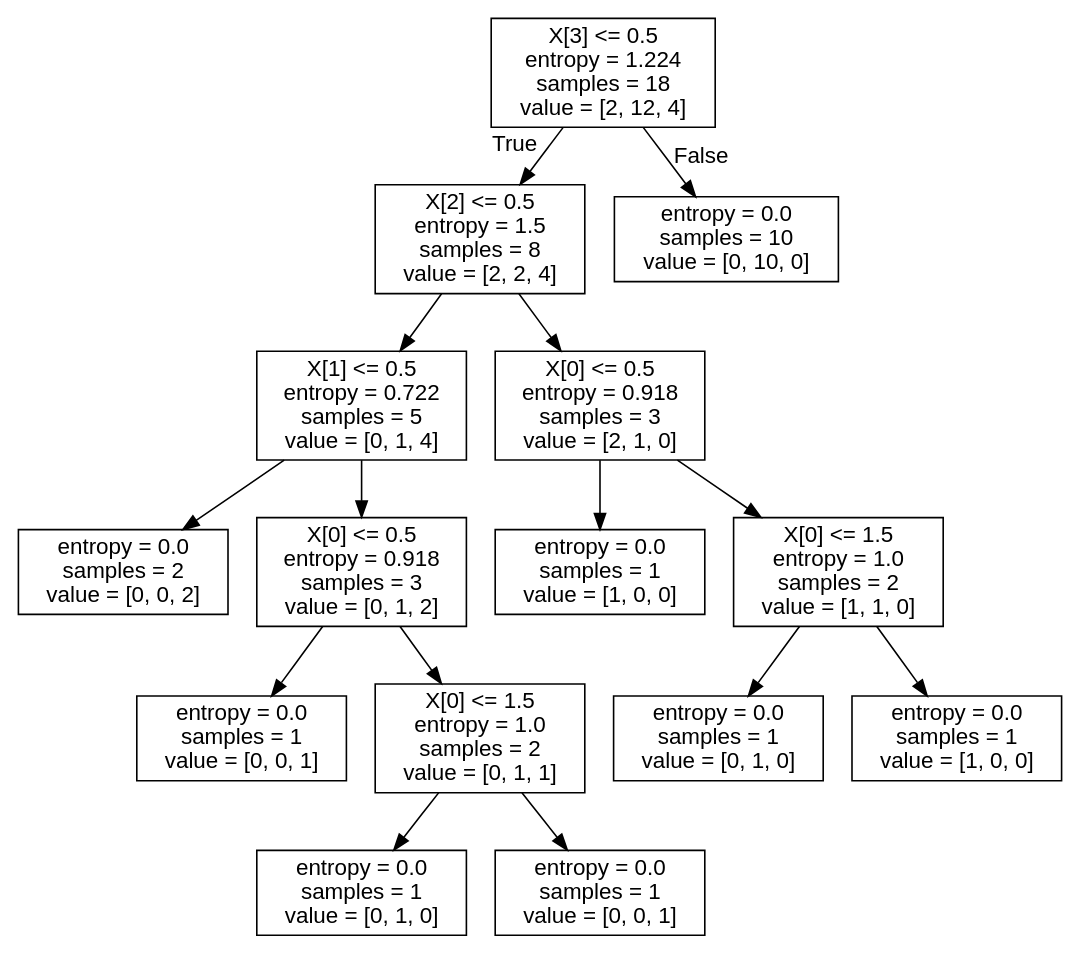
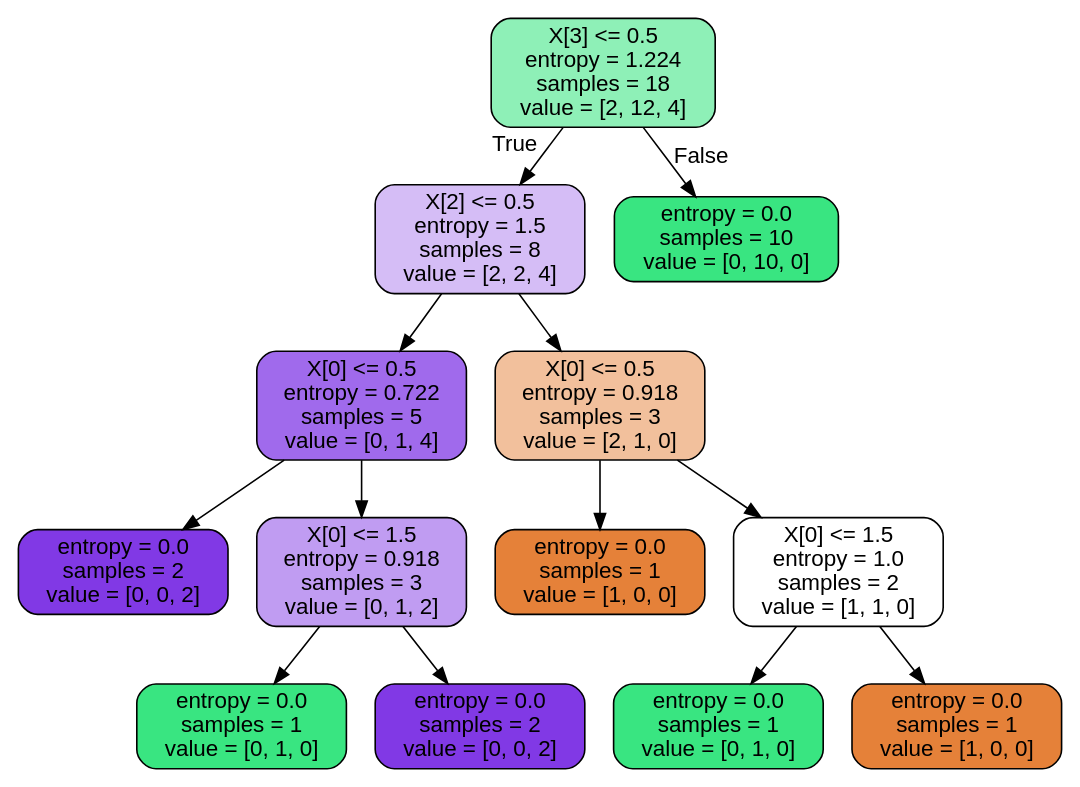
One commit to LonelyFantasy/MachineLearning changed the diagram in GUET/experiment/SY_dataset/实验1/Source.gv. Above: the diagram before and after it, drawn with Graphviz. The commit also changed 3 other files, not shown here.

```diff
--- a/GUET/experiment/SY_dataset/实验1/Source.gv
+++ b/GUET/experiment/SY_dataset/实验1/Source.gv
@@ -1,33 +1,29 @@
 digraph Tree {
-node [shape=box, fontname="helvetica"] ;
+node [shape=box, style="filled, rounded", color="black", fontname="helvetica"] ;
 edge [fontname="helvetica"] ;
-0 [label="X[3] <= 0.5\nentropy = 1.224\nsamples = 18\nvalue = [2, 12, 4]"] ;
-1 [label="X[2] <= 0.5\nentropy = 1.5\nsamples = 8\nvalue = [2, 2, 4]"] ;
+0 [label="X[3] <= 0.5\nentropy = 1.224\nsamples = 18\nvalue = [2, 12, 4]", fillcolor="#8ef0b7"] ;
+1 [label="X[2] <= 0.5\nentropy = 1.5\nsamples = 8\nvalue = [2, 2, 4]", fillcolor="#d5bdf6"] ;
 0 -> 1 [labeldistance=2.5, labelangle=45, headlabel="True"] ;
-2 [label="X[1] <= 0.5\nentropy = 0.722\nsamples = 5\nvalue = [0, 1, 4]"] ;
+2 [label="X[0] <= 0.5\nentropy = 0.722\nsamples = 5\nvalue = [0, 1, 4]", fillcolor="#a06aec"] ;
 1 -> 2 ;
-3 [label="entropy = 0.0\nsamples = 2\nvalue = [0, 0, 2]"] ;
+3 [label="entropy = 0.0\nsamples = 2\nvalue = [0, 0, 2]", fillcolor="#8139e5"] ;
 2 -> 3 ;
-4 [label="X[0] <= 0.5\nentropy = 0.918\nsamples = 3\nvalue = [0, 1, 2]"] ;
+4 [label="X[0] <= 1.5\nentropy = 0.918\nsamples = 3\nvalue = [0, 1, 2]", fillcolor="#c09cf2"] ;
 2 -> 4 ;
-5 [label="entropy = 0.0\nsamples = 1\nvalue = [0, 0, 1]"] ;
+5 [label="entropy = 0.0\nsamples = 1\nvalue = [0, 1, 0]", fillcolor="#39e581"] ;
 4 -> 5 ;
-6 [label="X[0] <= 1.5\nentropy = 1.0\nsamples = 2\nvalue = [0, 1, 1]"] ;
+6 [label="entropy = 0.0\nsamples = 2\nvalue = [0, 0, 2]", fillcolor="#8139e5"] ;
 4 -> 6 ;
-7 [label="entropy = 0.0\nsamples = 1\nvalue = [0, 1, 0]"] ;
-6 -> 7 ;
-8 [label="entropy = 0.0\nsamples = 1\nvalue = [0, 0, 1]"] ;
-6 -> 8 ;
-9 [label="X[0] <= 0.5\nentropy = 0.918\nsamples = 3\nvalue = [2, 1, 0]"] ;
-1 -> 9 ;
-10 [label="entropy = 0.0\nsamples = 1\nvalue = [1, 0, 0]"] ;
+7 [label="X[0] <= 0.5\nentropy = 0.918\nsamples = 3\nvalue = [2, 1, 0]", fillcolor="#f2c09c"] ;
+1 -> 7 ;
+8 [label="entropy = 0.0\nsamples = 1\nvalue = [1, 0, 0]", fillcolor="#e58139"] ;
+7 -> 8 ;
+9 [label="X[0] <= 1.5\nentropy = 1.0\nsamples = 2\nvalue = [1, 1, 0]", fillcolor="#ffffff"] ;
+7 -> 9 ;
+10 [label="entropy = 0.0\nsamples = 1\nvalue = [0, 1, 0]", fillcolor="#39e581"] ;
 9 -> 10 ;
-11 [label="X[0] <= 1.5\nentropy = 1.0\nsamples = 2\nvalue = [1, 1, 0]"] ;
+11 [label="entropy = 0.0\nsamples = 1\nvalue = [1, 0, 0]", fillcolor="#e58139"] ;
 9 -> 11 ;
-12 [label="entropy = 0.0\nsamples = 1\nvalue = [0, 1, 0]"] ;
-11 -> 12 ;
-13 [label="entropy = 0.0\nsamples = 1\nvalue = [1, 0, 0]"] ;
-11 -> 13 ;
-14 [label="entropy = 0.0\nsamples = 10\nvalue = [0, 10, 0]"] ;
-0 -> 14 [labeldistance=2.5, labelangle=-45, headlabel="False"] ;
+12 [label="entropy = 0.0\nsamples = 10\nvalue = [0, 10, 0]", fillcolor="#39e581"] ;
+0 -> 12 [labeldistance=2.5, labelangle=-45, headlabel="False"] ;
 }
```
